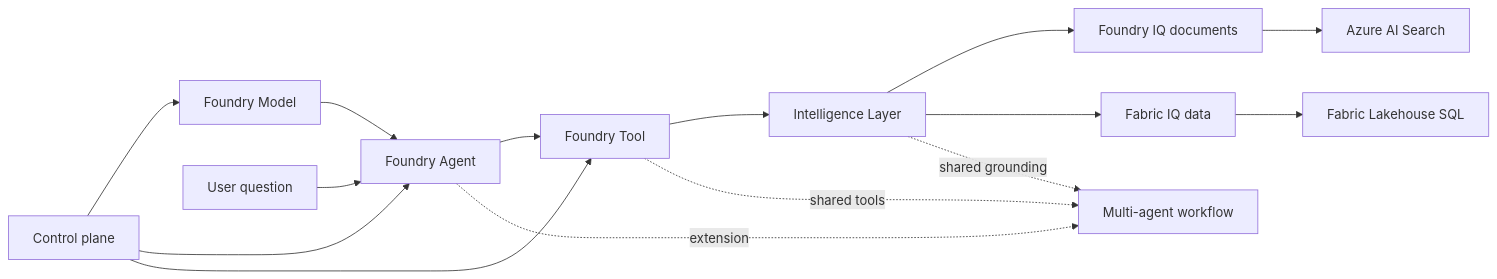
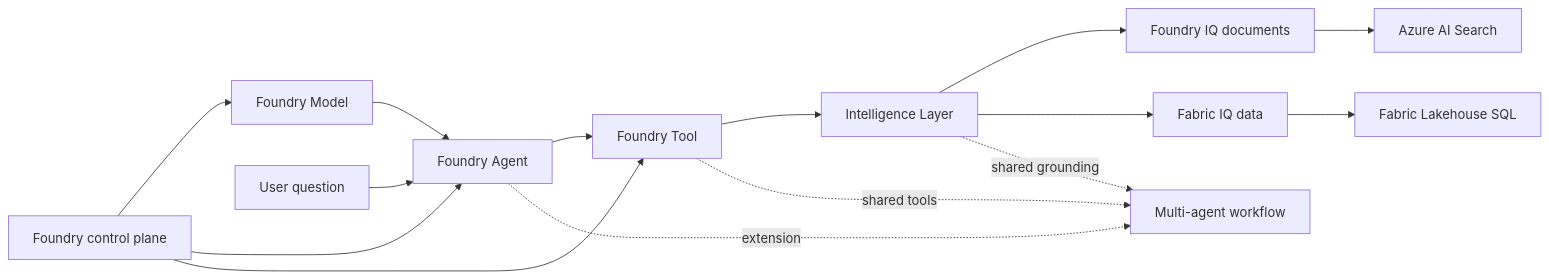
The diagram in workshop/docs/03-understand/index.md (payton-chou-ms/e2e-ms-foundry-workshop), drawn with Mermaid before and after one commit. The commit also changed other lines of this file and 37 other files, not shown here.

````diff
--- a/workshop/docs/03-understand/index.md
+++ b/workshop/docs/03-understand/index.md
@@ -22,17 +22,17 @@
 ```mermaid
 flowchart LR
-    C[Control plane] --> M[Foundry Model]
+    C[Foundry control plane] --> M[Foundry Model]
     C --> A[Foundry Agent]
     C --> T[Foundry Tool]
     M --> A
     A --> T
     T --> IQ[Intelligence Layer]
     IQ --> FIQ[Foundry IQ documents]
     IQ --> DB[Fabric IQ data]
     FIQ --> S[Azure AI Search]
     DB --> L[Fabric Lakehouse SQL]
     A -. extension .-> MA[Multi-agent workflow]
     T -. shared tools .-> MA
     IQ -. shared grounding .-> MA
     U[User question] --> A
 ```
````
